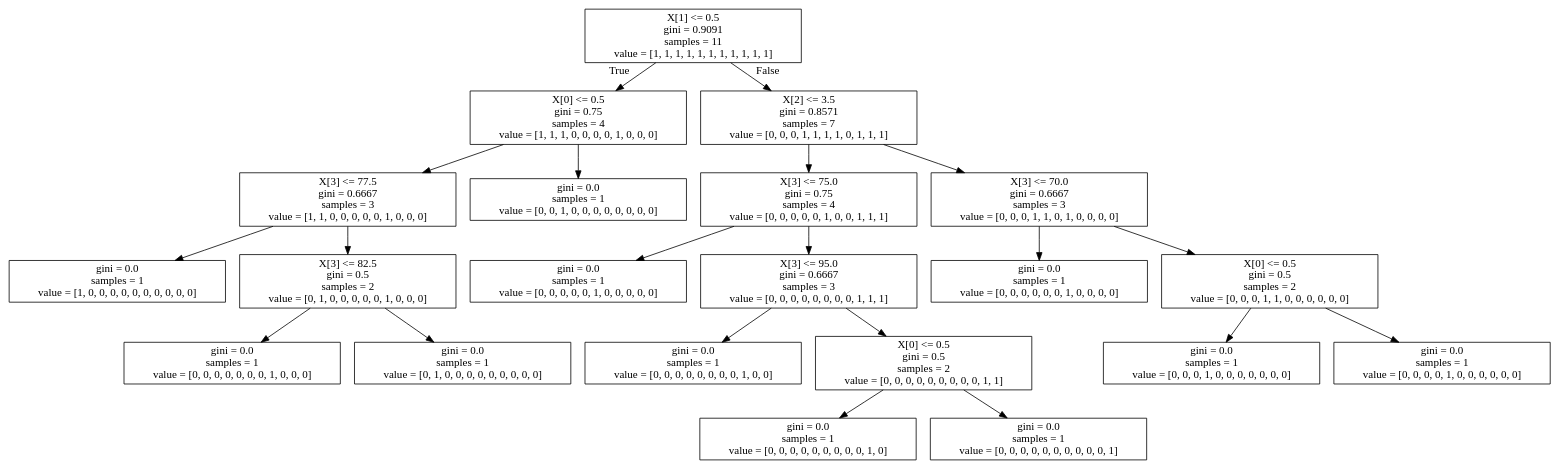
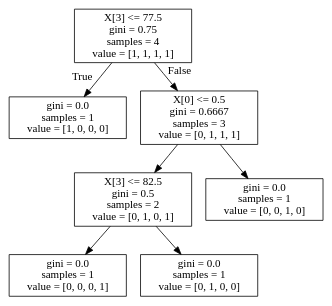
The diagram in tree.dot (Meepit/Exercise-Routine-Recommender), drawn with Graphviz before and after one commit. The commit also changed 50 other files, not shown here.

```diff
--- a/tree.dot
+++ b/tree.dot
@@ -1,44 +1,16 @@
 digraph Tree {
 node [shape=box] ;
-0 [label="X[1] <= 0.5\ngini = 0.9091\nsamples = 11\nvalue = [1, 1, 1, 1, 1, 1, 1, 1, 1, 1, 1]"] ;
-1 [label="X[0] <= 0.5\ngini = 0.75\nsamples = 4\nvalue = [1, 1, 1, 0, 0, 0, 0, 1, 0, 0, 0]"] ;
+0 [label="X[3] <= 77.5\ngini = 0.75\nsamples = 4\nvalue = [1, 1, 1, 1]"] ;
+1 [label="gini = 0.0\nsamples = 1\nvalue = [1, 0, 0, 0]"] ;
 0 -> 1 [labeldistance=2.5, labelangle=45, headlabel="True"] ;
-2 [label="X[3] <= 77.5\ngini = 0.6667\nsamples = 3\nvalue = [1, 1, 0, 0, 0, 0, 0, 1, 0, 0, 0]"] ;
-1 -> 2 ;
-3 [label="gini = 0.0\nsamples = 1\nvalue = [1, 0, 0, 0, 0, 0, 0, 0, 0, 0, 0]"] ;
+2 [label="X[0] <= 0.5\ngini = 0.6667\nsamples = 3\nvalue = [0, 1, 1, 1]"] ;
+0 -> 2 [labeldistance=2.5, labelangle=-45, headlabel="False"] ;
+3 [label="X[3] <= 82.5\ngini = 0.5\nsamples = 2\nvalue = [0, 1, 0, 1]"] ;
 2 -> 3 ;
-4 [label="X[3] <= 82.5\ngini = 0.5\nsamples = 2\nvalue = [0, 1, 0, 0, 0, 0, 0, 1, 0, 0, 0]"] ;
-2 -> 4 ;
-5 [label="gini = 0.0\nsamples = 1\nvalue = [0, 0, 0, 0, 0, 0, 0, 1, 0, 0, 0]"] ;
-4 -> 5 ;
-6 [label="gini = 0.0\nsamples = 1\nvalue = [0, 1, 0, 0, 0, 0, 0, 0, 0, 0, 0]"] ;
-4 -> 6 ;
-7 [label="gini = 0.0\nsamples = 1\nvalue = [0, 0, 1, 0, 0, 0, 0, 0, 0, 0, 0]"] ;
-1 -> 7 ;
-8 [label="X[2] <= 3.5\ngini = 0.8571\nsamples = 7\nvalue = [0, 0, 0, 1, 1, 1, 1, 0, 1, 1, 1]"] ;
-0 -> 8 [labeldistance=2.5, labelangle=-45, headlabel="False"] ;
-9 [label="X[3] <= 75.0\ngini = 0.75\nsamples = 4\nvalue = [0, 0, 0, 0, 0, 1, 0, 0, 1, 1, 1]"] ;
-8 -> 9 ;
-10 [label="gini = 0.0\nsamples = 1\nvalue = [0, 0, 0, 0, 0, 1, 0, 0, 0, 0, 0]"] ;
-9 -> 10 ;
-11 [label="X[3] <= 95.0\ngini = 0.6667\nsamples = 3\nvalue = [0, 0, 0, 0, 0, 0, 0, 0, 1, 1, 1]"] ;
-9 -> 11 ;
-12 [label="gini = 0.0\nsamples = 1\nvalue = [0, 0, 0, 0, 0, 0, 0, 0, 1, 0, 0]"] ;
-11 -> 12 ;
-13 [label="X[0] <= 0.5\ngini = 0.5\nsamples = 2\nvalue = [0, 0, 0, 0, 0, 0, 0, 0, 0, 1, 1]"] ;
-11 -> 13 ;
-14 [label="gini = 0.0\nsamples = 1\nvalue = [0, 0, 0, 0, 0, 0, 0, 0, 0, 1, 0]"] ;
-13 -> 14 ;
-15 [label="gini = 0.0\nsamples = 1\nvalue = [0, 0, 0, 0, 0, 0, 0, 0, 0, 0, 1]"] ;
-13 -> 15 ;
-16 [label="X[3] <= 70.0\ngini = 0.6667\nsamples = 3\nvalue = [0, 0, 0, 1, 1, 0, 1, 0, 0, 0, 0]"] ;
-8 -> 16 ;
-17 [label="gini = 0.0\nsamples = 1\nvalue = [0, 0, 0, 0, 0, 0, 1, 0, 0, 0, 0]"] ;
-16 -> 17 ;
-18 [label="X[0] <= 0.5\ngini = 0.5\nsamples = 2\nvalue = [0, 0, 0, 1, 1, 0, 0, 0, 0, 0, 0]"] ;
-16 -> 18 ;
-19 [label="gini = 0.0\nsamples = 1\nvalue = [0, 0, 0, 1, 0, 0, 0, 0, 0, 0, 0]"] ;
-18 -> 19 ;
-20 [label="gini = 0.0\nsamples = 1\nvalue = [0, 0, 0, 0, 1, 0, 0, 0, 0, 0, 0]"] ;
-18 -> 20 ;
+4 [label="gini = 0.0\nsamples = 1\nvalue = [0, 0, 0, 1]"] ;
+3 -> 4 ;
+5 [label="gini = 0.0\nsamples = 1\nvalue = [0, 1, 0, 0]"] ;
+3 -> 5 ;
+6 [label="gini = 0.0\nsamples = 1\nvalue = [0, 0, 1, 0]"] ;
+2 -> 6 ;
 }
```
